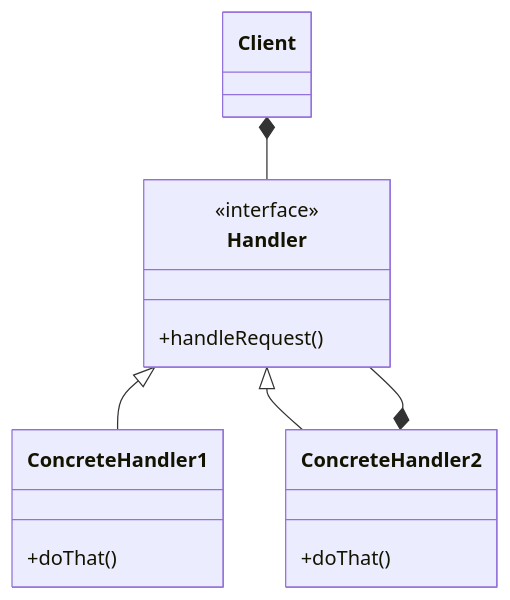
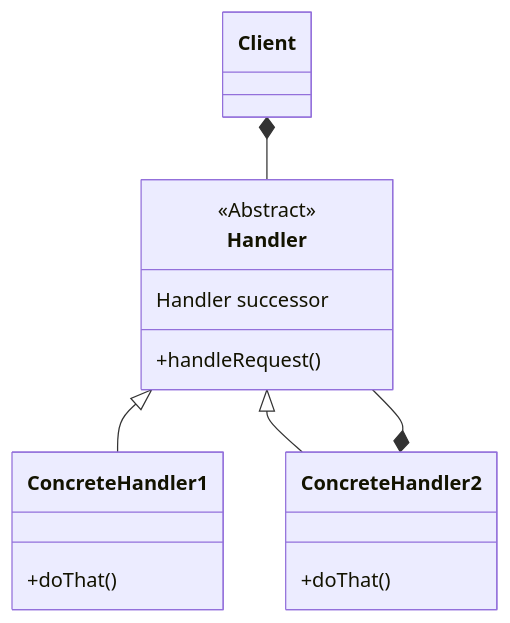
One commit to AhmedGharib0014/design_pattern_practice changed the diagram in design_pattern_practice/src/behavioral/chainOfREsponsibility/readme.md. Above: the diagram before and after it, drawn with Mermaid. The commit also changed 6 other files, not shown here.

````diff
--- a/design_pattern_practice/src/behavioral/chainOfREsponsibility/readme.md
+++ b/design_pattern_practice/src/behavioral/chainOfREsponsibility/readme.md
@@ -16,24 +16,25 @@
 ```mermaid
  classDiagram
     Client *-- Handler
     Handler <|-- ConcreteHandler1
     Handler <|-- ConcreteHandler2
     ConcreteHandler2 *-- Handler
     
     class Client {
     }
     
     class Handler {
-         <<interface>>
+         <<Abstract>>
+         Handler successor
         +handleRequest()
     }
     
     class ConcreteHandler2 {
         +doThat()
     } 
     
     class ConcreteHandler1 {
         +doThat()
     } 
     
 ```
````
